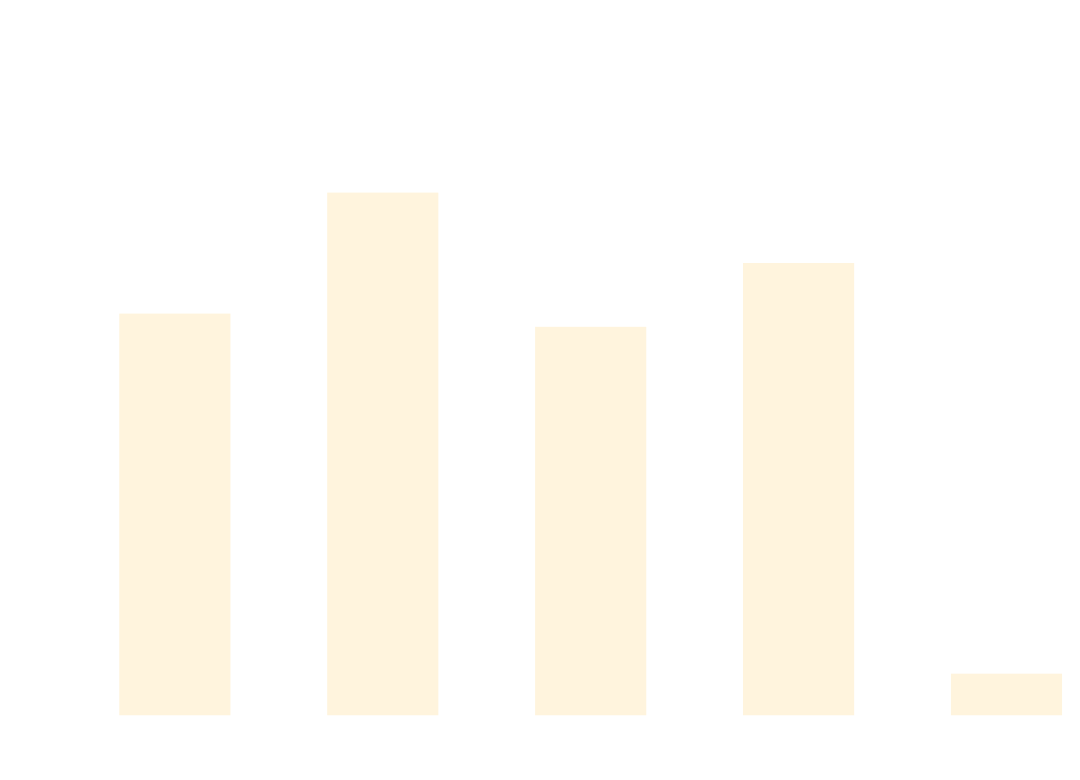
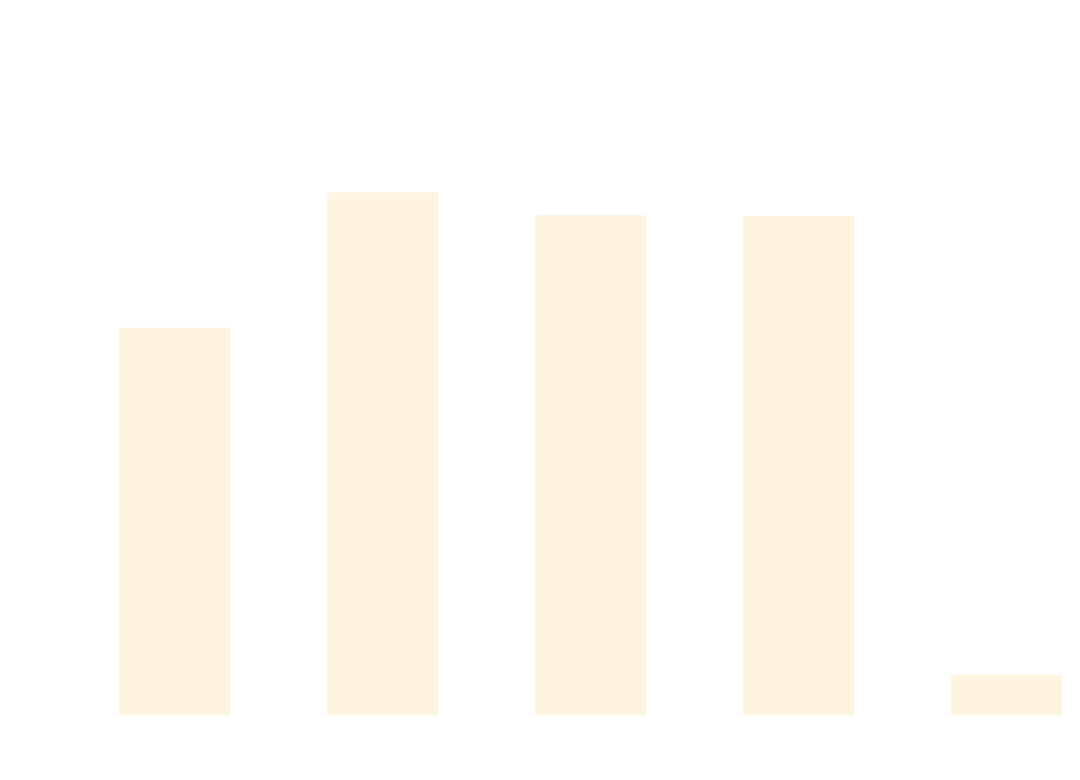
One commit to thomhurst/TUnit changed the diagram in docs/docs/benchmarks/ScaleTests.md. Above: the diagram before and after it, drawn with Mermaid. The commit also changed other lines of this file and 17 other files, not shown here.

````diff
--- a/docs/docs/benchmarks/ScaleTests.md
+++ b/docs/docs/benchmarks/ScaleTests.md
@@ -27,37 +27,37 @@
 ```mermaid
 %%{init: {
   'theme':'base',
   'themeVariables': {
     'primaryColor': '#2563eb',
     'primaryTextColor': '#ffffff',
     'primaryBorderColor': '#1e40af',
     'lineColor': '#6b7280',
     'secondaryColor': '#7c3aed',
     'tertiaryColor': '#dc2626',
     'background': '#ffffff',
     'mainBkg': '#2563eb',
     'secondBkg': '#7c3aed',
     'tertiaryBkg': '#dc2626',
     'clusterBkg': '#f3f4f6',
     'edgeLabelBackground': '#ffffff',
     'tertiaryTextColor': '#1f2937',
     'pie1': '#2563eb',
     'pie2': '#7c3aed',
     'pie3': '#dc2626',
     'pie4': '#f59e0b',
     'pie5': '#10b981',
     'pie6': '#06b6d4',
     'pie7': '#ec4899',
     'pie8': '#6366f1',
     'pie9': '#84cc16',
     'pie10': '#f97316',
     'pie11': '#14b8a6',
     'pie12': '#a855f7'
   }
 }}%%
 xychart-beta
   title "ScaleTests Performance Comparison"
   x-axis ["TUnit", "NUnit", "MSTest", "xUnit3", "TUnit_AOT"]
-  y-axis "Time (ms)" 0 --> 806
-  bar [512.24, 671.21, 494.89, 578.72, 39.2]
+  y-axis "Time (ms)" 0 --> 847
+  bar [518.74, 705.62, 673.9, 672.99, 39.44]
 ```
````
